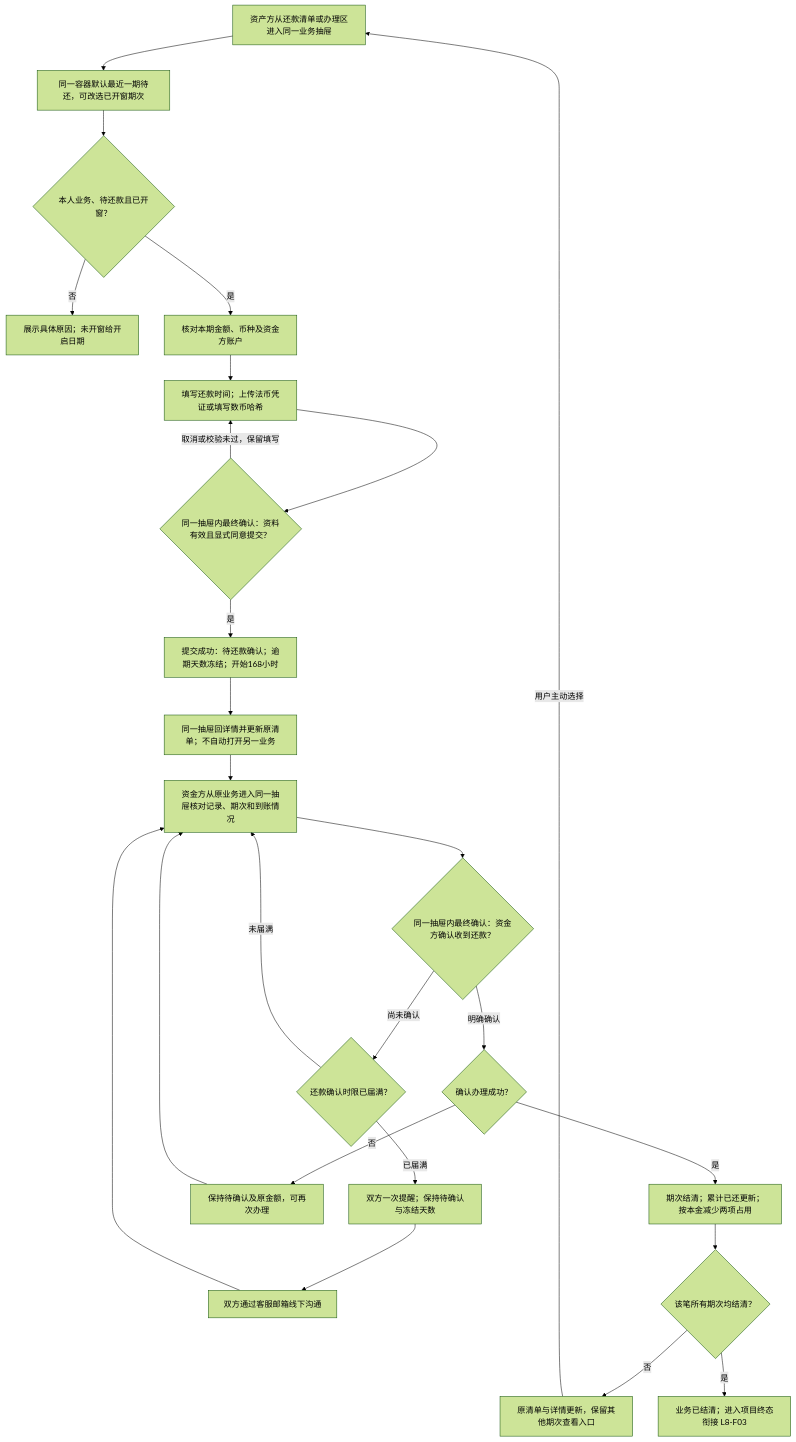
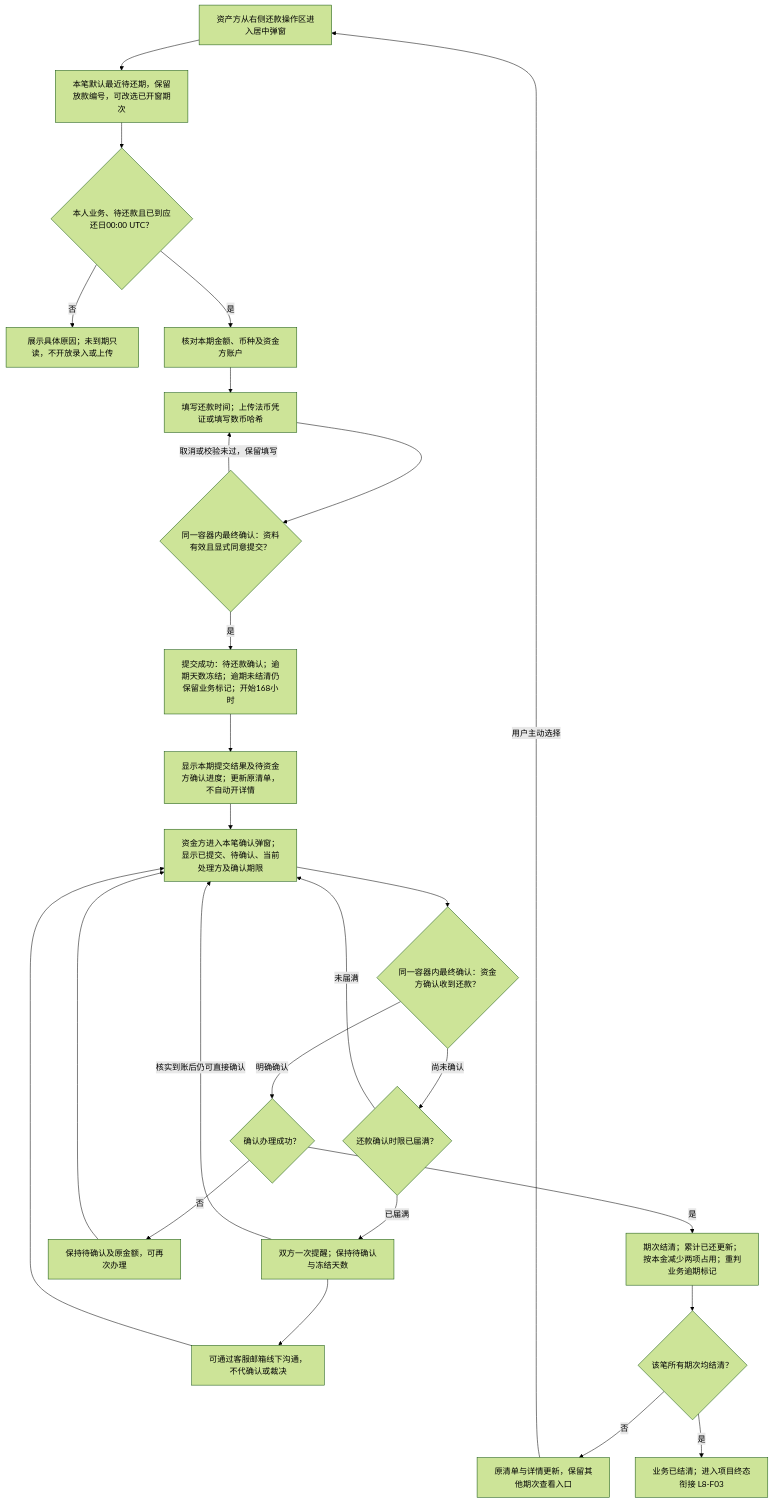
The second of 7 diagrams in lending-platform/PRD/v1.0-借贷广场-还款计划与还款确认/l8-repayment-flows-and-states.md (wxblockchain/Chain-Financing), drawn with Mermaid (forest theme) before and after one commit. The commit also changed other lines of this file and 2 other files, not shown here.

````diff
--- a/lending-platform/PRD/v1.0-借贷广场-还款计划与还款确认/l8-repayment-flows-and-states.md
+++ b/lending-platform/PRD/v1.0-借贷广场-还款计划与还款确认/l8-repayment-flows-and-states.md
@@ -55,27 +49,28 @@
 ```mermaid
 flowchart TD
-  A[资产方从还款清单或办理区进入同一业务抽屉] --> B[同一容器默认最近一期待还，可改选已开窗期次]
-  B --> C{本人业务、待还款且已开窗？}
-  C -->|否| D[展示具体原因；未开窗给开启日期]
+  A[资产方从右侧还款操作区进入居中弹窗] --> B[本笔默认最近待还期，保留放款编号，可改选已开窗期次]
+  B --> C{本人业务、待还款且已到应还日00:00 UTC？}
+  C -->|否| D[展示具体原因；未到期只读，不开放录入或上传]
   C -->|是| E[核对本期金额、币种及资金方账户]
   E --> F[填写还款时间；上传法币凭证或填写数币哈希]
-  F --> G{同一抽屉内最终确认：资料有效且显式同意提交？}
+  F --> G{同一容器内最终确认：资料有效且显式同意提交？}
   G -->|取消或校验未过，保留填写| F
-  G -->|是| H[提交成功：待还款确认；逾期天数冻结；开始168小时]
-  H --> T[同一抽屉回详情并更新原清单；不自动打开另一业务]
-  T --> I[资金方从原业务进入同一抽屉核对记录、期次和到账情况]
-  I --> J{同一抽屉内最终确认：资金方确认收到还款？}
+  G -->|是| H[提交成功：待还款确认；逾期天数冻结；逾期未结清仍保留业务标记；开始168小时]
+  H --> T[显示本期提交结果及待资金方确认进度；更新原清单，不自动开详情]
+  T --> I[资金方进入本笔确认弹窗；显示已提交、待确认、当前处理方及确认期限]
+  I --> J{同一容器内最终确认：资金方确认收到还款？}
   J -->|尚未确认| K{还款确认时限已届满？}
   K -->|未届满| I
   K -->|已届满| L[双方一次提醒；保持待确认与冻结天数]
-  L --> M[双方通过客服邮箱线下沟通]
+  L --> M[可通过客服邮箱线下沟通，不代确认或裁决]
+  L -->|核实到账后仍可直接确认| I
   M --> I
   J -->|明确确认| N{确认办理成功？}
   N -->|否| O[保持待确认及原金额，可再次办理]
   O --> I
-  N -->|是| P[期次结清；累计已还更新；按本金减少两项占用]
+  N -->|是| P[期次结清；累计已还更新；按本金减少两项占用；重判业务逾期标记]
   P --> Q{该笔所有期次均结清？}
   Q -->|否| R[原清单与详情更新，保留其他期次查看入口]
   R -->|用户主动选择| A
   Q -->|是| S[业务已结清；进入项目终态衔接 L8-F03]
 ```
````
